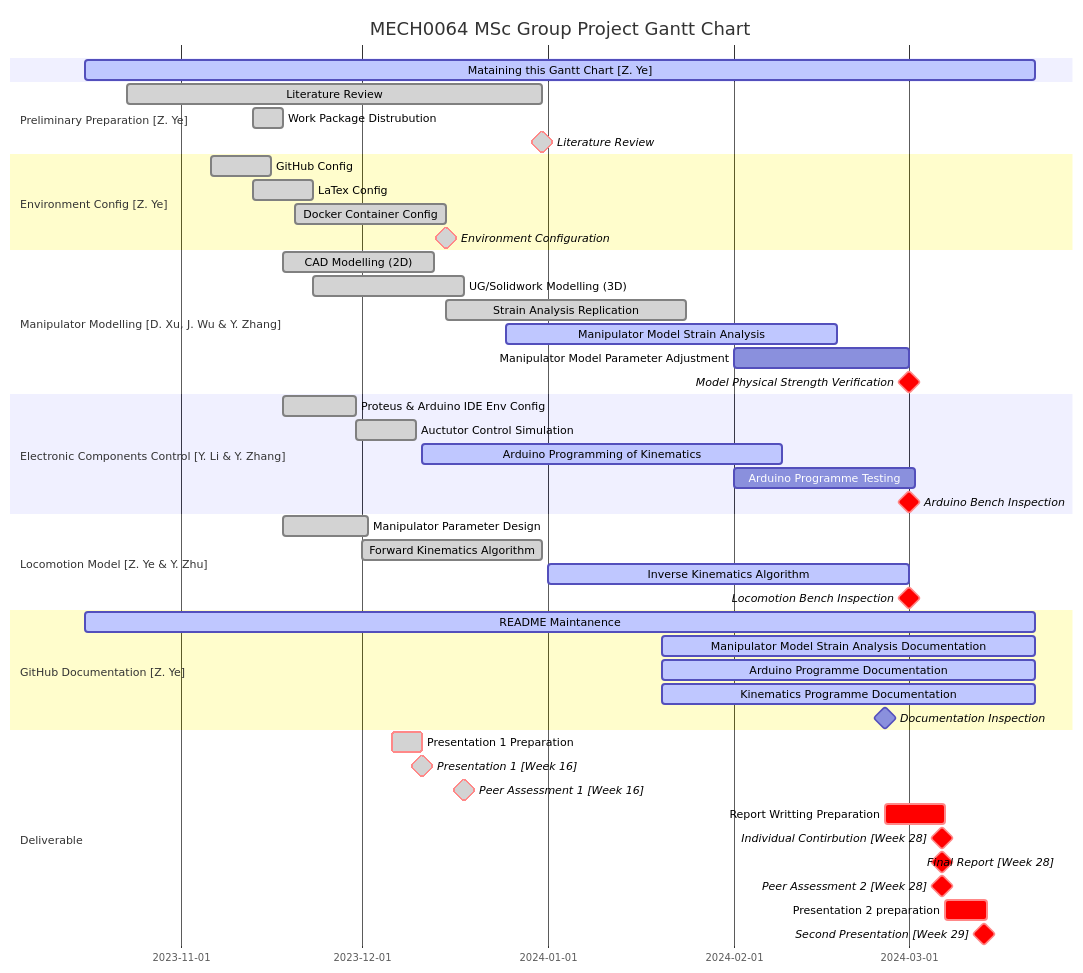
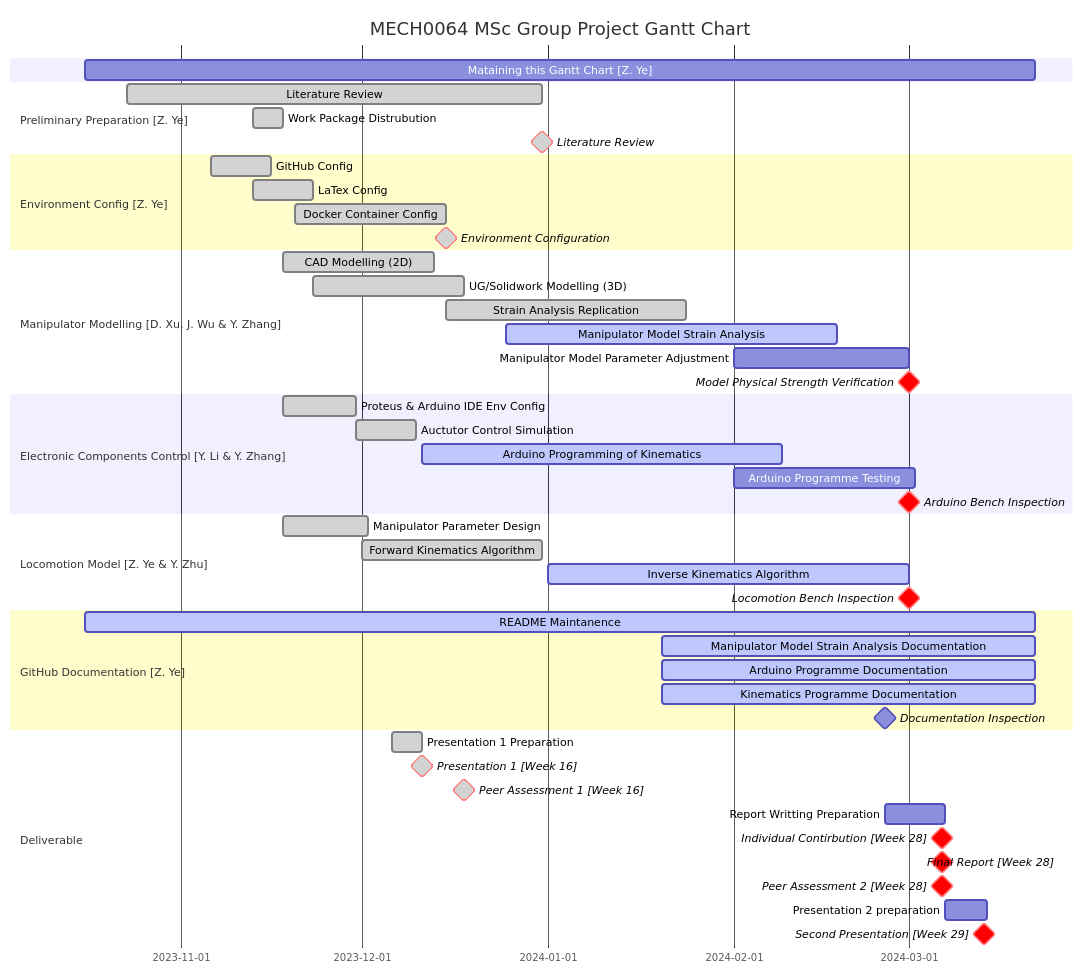
Before and after one commit to yezehao/Compact-Continuum-Manipulator-Platform: the first of 2 diagrams in README.md, drawn with Mermaid.

Commit message:
update the README file

````diff
--- a/README.md
+++ b/README.md
@@ -3,57 +3,57 @@
 ```mermaid
 gantt
     dateFormat  YYYY-MM-DD
     title MECH0064 MSc Group Project Gantt Chart
 
-    Mataining this Gantt Chart [Z. Ye] : active, 2023-10-16, 2024-03-22
+    Mataining this Gantt Chart [Z. Ye] : 2023-10-16, 2024-03-22
 
     section Preliminary Preparation [Z. Ye]
     Literature Review: done, 2023-10-23, 2023-12-31
     Work Package Distrubution: done, 2023-11-13, 5d
     Literature Review: milestone, crit, done, 2023-12-31, 0d 
 
     section Environment Config [Z. Ye]
     GitHub Config: done, 2023-11-6, 10d
     LaTex Config: done, 2023-11-13, 10d
     Docker Container Config: done, 2023-11-20, 25d
     Environment Configuration: milestone, done, crit, 2023-12-15, 0d 
 
     section Manipulator Modelling [D. Xu, J. Wu & Y. Zhang] 
     CAD Modelling (2D): done, 2023-11-18, 25d
     UG/Solidwork Modelling (3D): done, 2023-11-23, 25d
     Strain Analysis Replication: done, 2023-12-15, 40d
     Manipulator Model Strain Analysis: active, 2023-12-25, 55d
     Manipulator Model Parameter Adjustment: 2024-02-01, 2024-03-01
     Model Physical Strength Verification: milestone, crit, 2024-03-01, 0d 
 
     section Electronic Components Control [Y. Li & Y. Zhang]
     Proteus & Arduino IDE Env Config: done, 2023-11-18, 12d
     Auctutor Control Simulation: done, 2023-11-30, 10d
     Arduino Programming of Kinematics: active, 2023-12-11, 60d
     Arduino Programme Testing: 2024-02-01, 30d
     Arduino Bench Inspection: milestone, crit, 2024-03-01, 0d 
 
     section Locomotion Model [Z. Ye & Y. Zhu]
     Manipulator Parameter Design: done, 2023-11-18, 14d
     Forward Kinematics Algorithm: done, 2023-12-01, 30d
     Inverse Kinematics Algorithm: active, 2024-01-01, 60d
     Locomotion Bench Inspection: milestone, crit, 2024-03-01, 0d 
 
     section GitHub Documentation [Z. Ye]
     README Maintanence: active, 2023-10-16, 2024-03-22
     Manipulator Model Strain Analysis Documentation: active, 2024-01-20, 2024-03-22
     Arduino Programme Documentation: active, 2024-01-20, 2024-03-22
     Kinematics Programme Documentation: active, 2024-01-20, 2024-03-22
     Documentation Inspection: milestone, 2024-02-26, 0d 
 
     section Deliverable
-    Presentation 1 Preparation: done, crit, 2023-12-06, 5d
+    Presentation 1 Preparation: done, 2023-12-06, 5d
     Presentation 1 [Week 16]: milestone, done, crit, 2023-12-11, 0d 
     Peer Assessment 1 [Week 16]: milestone, done, crit, 2023-12-18, 0d 
-    Report Writting Preparation: crit, 2024-02-26, 10d 
+    Report Writting Preparation: 2024-02-26, 10d 
     Individual Contirbution [Week 28]: milestone, crit, 2024-03-04, 5d 
     Final Report [Week 28]: milestone, crit, 2024-03-04, 5d 
     Peer Assessment 2 [Week 28]: milestone, crit, 2024-03-04, 5d
-    Presentation 2 preparation: crit, 2024-03-07, 7d 
+    Presentation 2 preparation: 2024-03-07, 7d 
     Second Presentation [Week 29]: milestone, crit, 2024-03-11, 5d 
 ```
````
